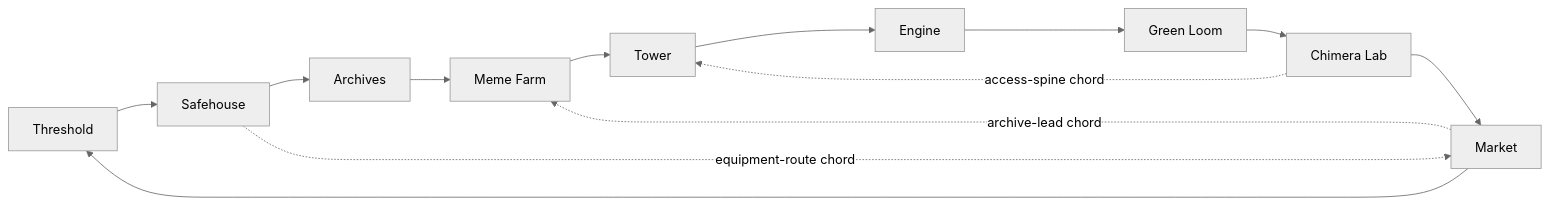
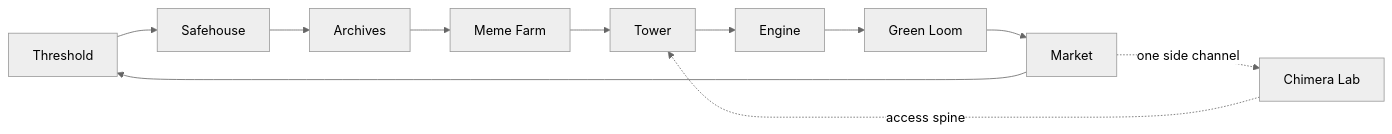
One commit to cenetex/cosyworld changed the eighth of 8 diagrams in docs/worldpacks/project-89-content-review.md. Above: the diagram before and after it, drawn with Mermaid (neutral theme). The commit also changed other lines of this file and 3 other files, not shown here.

````diff
--- a/docs/worldpacks/project-89-content-review.md
+++ b/docs/worldpacks/project-89-content-review.md
@@ -338,9 +353,8 @@
 ```mermaid
 flowchart LR
   T["Threshold"] --> S["Safehouse"] --> A["Archives"] --> M["Meme Farm"]
   M --> O["Tower"] --> C["Engine"] --> G["Green Loom"]
-  G --> H["Chimera Lab"] --> I["Market"] --> T
-  S -. "equipment-route chord" .-> I
-  I -. "archive-lead chord" .-> M
-  H -. "access-spine chord" .-> O
+  G --> I["Market"] --> T
+  I -. "one side channel" .-> H["Chimera Lab"]
+  H -. "access spine" .-> O
 ```
````
